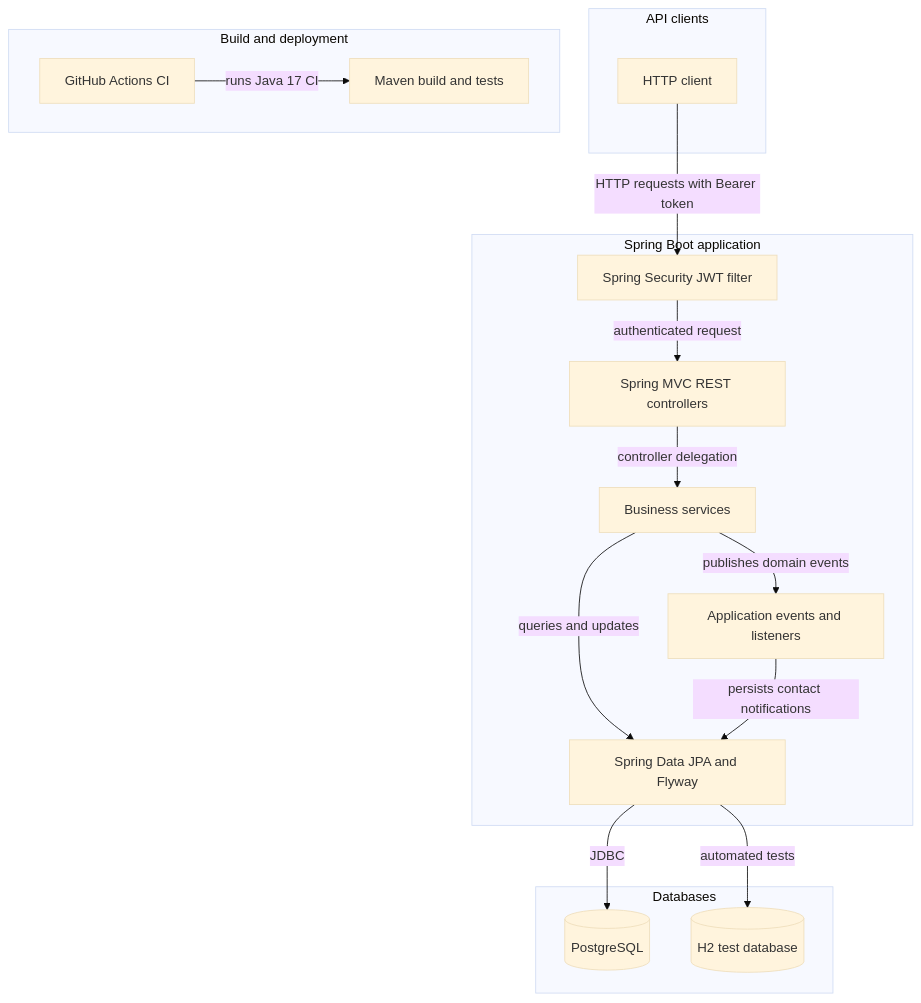
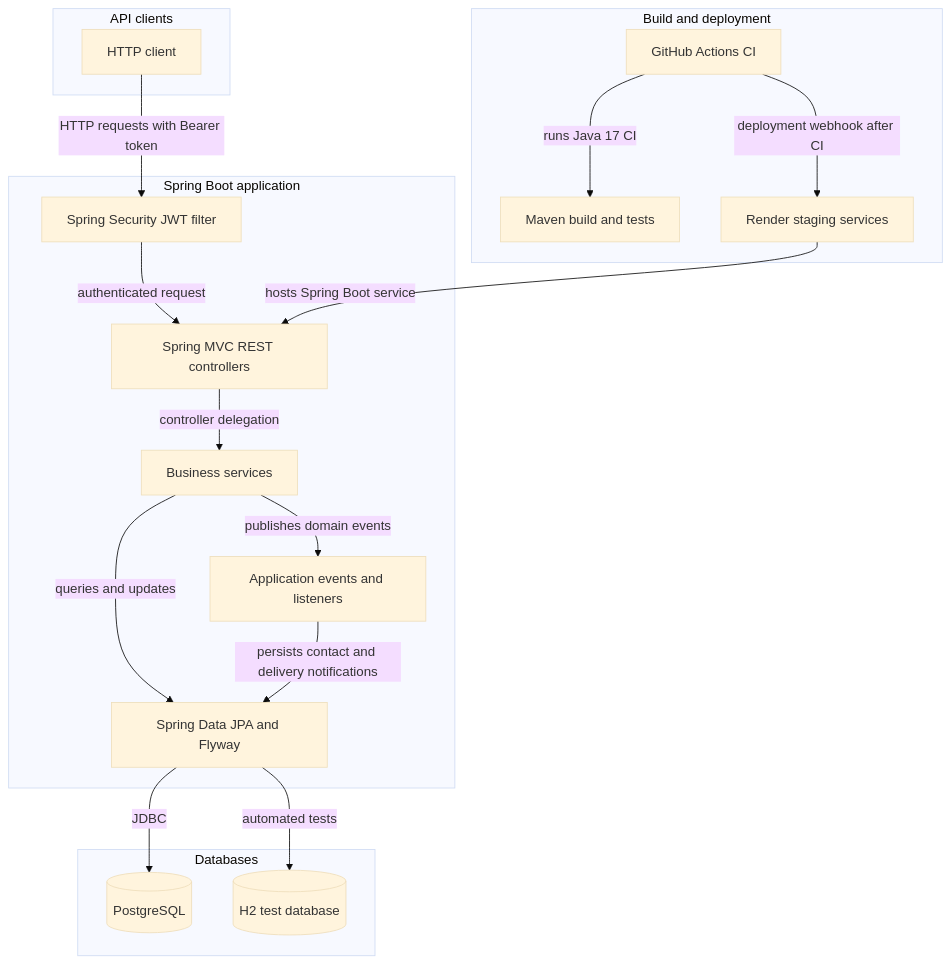
One commit to DilanStiven/Ingenieria-de-software changed the first of 2 diagrams in .github/modernize/assessment/engines/facts/architecture-diagram.md. Above: the diagram before and after it, drawn with Mermaid (base theme). The commit also changed other lines of this file and 34 other files, not shown here.

```diff
--- a/.github/modernize/assessment/engines/facts/architecture-diagram.md
+++ b/.github/modernize/assessment/engines/facts/architecture-diagram.md
@@ -8,31 +8,34 @@
 ~~~mermaid
 flowchart TD
     subgraph Client["API clients"]
         ApiClient["HTTP client"]
     end
     subgraph App["Spring Boot application"]
         Web["Spring MVC REST controllers"]
         Security["Spring Security JWT filter"]
         Services["Business services"]
         Events["Application events and listeners"]
         DataAccess["Spring Data JPA and Flyway"]
     end
     subgraph Storage["Databases"]
         PostgreSQL[("PostgreSQL")]
         H2[("H2 test database")]
     end
     subgraph Delivery["Build and deployment"]
         Actions["GitHub Actions CI"]
         Build["Maven build and tests"]
+        Render["Render staging services"]
     end
 
     ApiClient -->|"HTTP requests with Bearer token"| Security
     Security -->|"authenticated request"| Web
     Web -->|"controller delegation"| Services
     Services -->|"queries and updates"| DataAccess
     DataAccess -->|"JDBC"| PostgreSQL
     DataAccess -->|"automated tests"| H2
     Services -->|"publishes domain events"| Events
-    Events -->|"persists contact notifications"| DataAccess
+    Events -->|"persists contact and delivery notifications"| DataAccess
     Actions -->|"runs Java 17 CI"| Build
+    Actions -->|"deployment webhook after CI"| Render
+    Render -->|"hosts Spring Boot service"| Web
 ~~~
```
